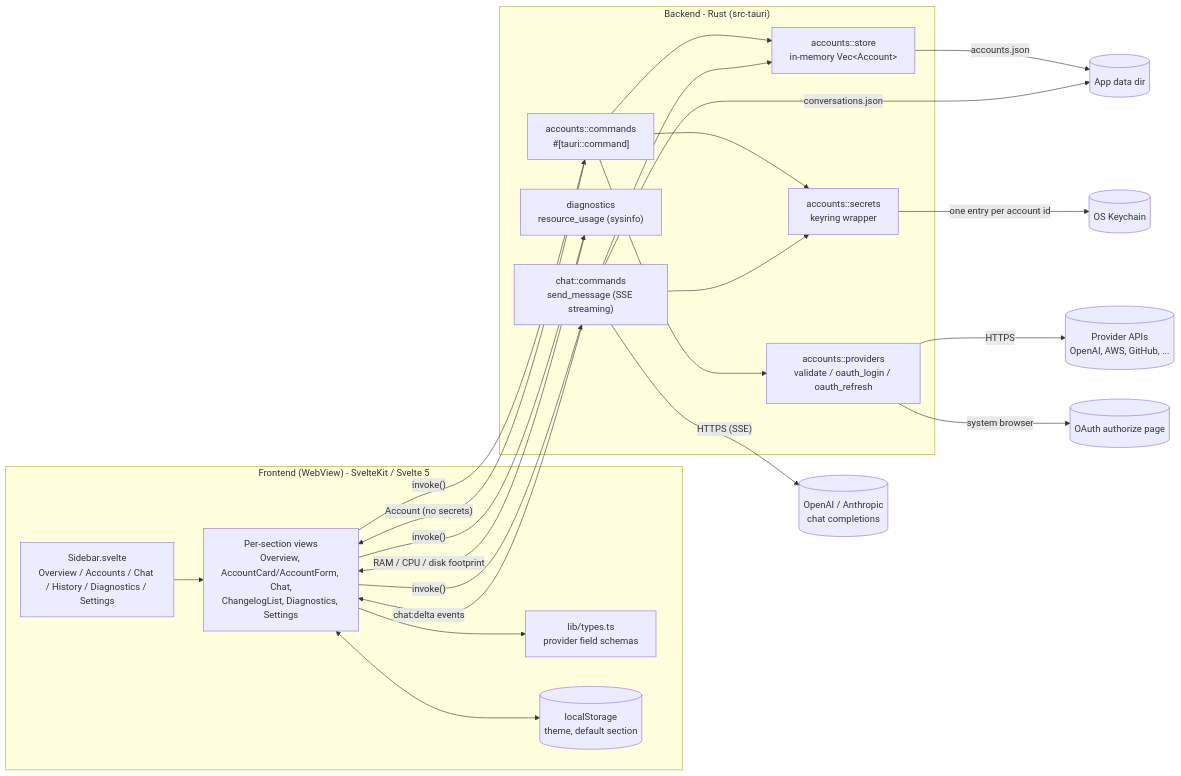
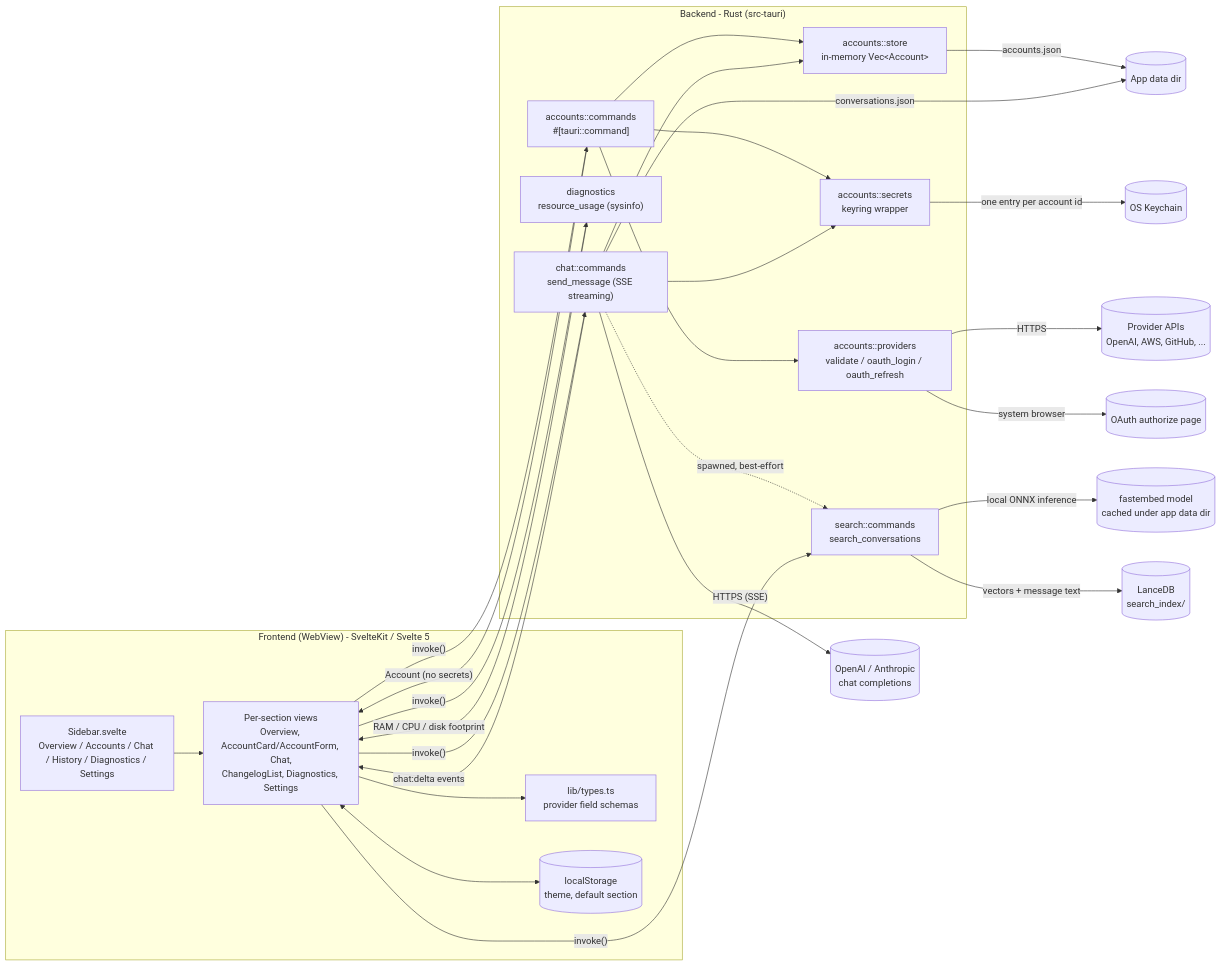
Before and after one commit to brunseba/my-companion: the first of 3 diagrams in docs/ARCHITECTURE.md, drawn with Mermaid. The commit also changed other lines of this file and 16 other files, not shown here.

First line of the commit message:
feat: add semantic search over chat history

````diff
--- a/docs/ARCHITECTURE.md
+++ b/docs/ARCHITECTURE.md
@@ -7,40 +7,45 @@
 ```mermaid
 flowchart LR
     subgraph Frontend["Frontend (WebView) - SvelteKit / Svelte 5"]
         Sidebar["Sidebar.svelte\nOverview / Accounts / Chat / History / Diagnostics / Settings"]
         UI["Per-section views\nOverview, AccountCard/AccountForm, Chat,\nChangelogList, Diagnostics, Settings"]
         Types["lib/types.ts\nprovider field schemas"]
         Prefs[("localStorage\ntheme, default section")]
         Sidebar --> UI
         UI --> Types
         UI <--> Prefs
     end
 
     subgraph Backend["Backend - Rust (src-tauri)"]
         Commands["accounts::commands\n#[tauri::command]"]
         Store["accounts::store\nin-memory Vec&lt;Account&gt;"]
         Secrets["accounts::secrets\nkeyring wrapper"]
         Providers["accounts::providers\nvalidate / oauth_login / oauth_refresh"]
         Diagnostics["diagnostics\nresource_usage (sysinfo)"]
         ChatCmds["chat::commands\nsend_message (SSE streaming)"]
+        SearchCmds["search::commands\nsearch_conversations"]
         Commands --> Store
         Commands --> Secrets
         Commands --> Providers
         ChatCmds --> Store
         ChatCmds --> Secrets
+        ChatCmds -. "spawned, best-effort" .-> SearchCmds
     end
 
     UI -- "invoke()" --> Commands
     UI -- "invoke()" --> Diagnostics
     UI -- "invoke()" --> ChatCmds
+    UI -- "invoke()" --> SearchCmds
     ChatCmds -- "chat:delta events" --> UI
     Commands -- "Account (no secrets)" --> UI
     Diagnostics -- "RAM / CPU / disk footprint" --> UI
 
     Store -- "accounts.json" --> DataDir[("App data dir")]
     Secrets -- "one entry per account id" --> Keychain[("OS Keychain")]
     Providers -- "HTTPS" --> APIs[("Provider APIs\nOpenAI, AWS, GitHub, ...")]
     Providers -- "system browser" --> Browser[("OAuth authorize page")]
     ChatCmds -- "conversations.json" --> DataDir
     ChatCmds -- "HTTPS (SSE)" --> AIAPIs[("OpenAI / Anthropic\nchat completions")]
+    SearchCmds -- "local ONNX inference" --> Embed[("fastembed model\ncached under app data dir")]
+    SearchCmds -- "vectors + message text" --> VectorDB[("LanceDB\nsearch_index/")]
 ```
````
